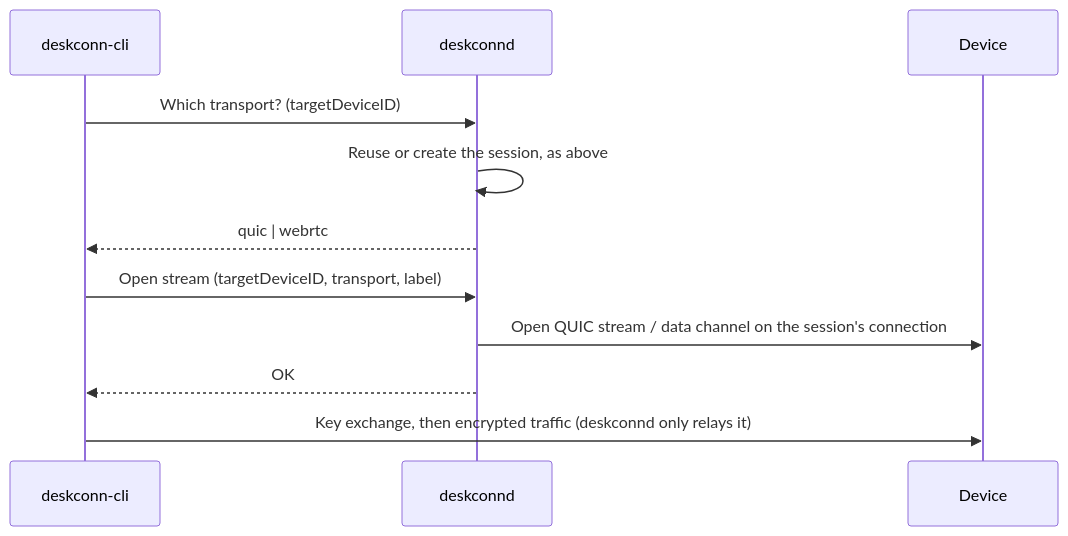
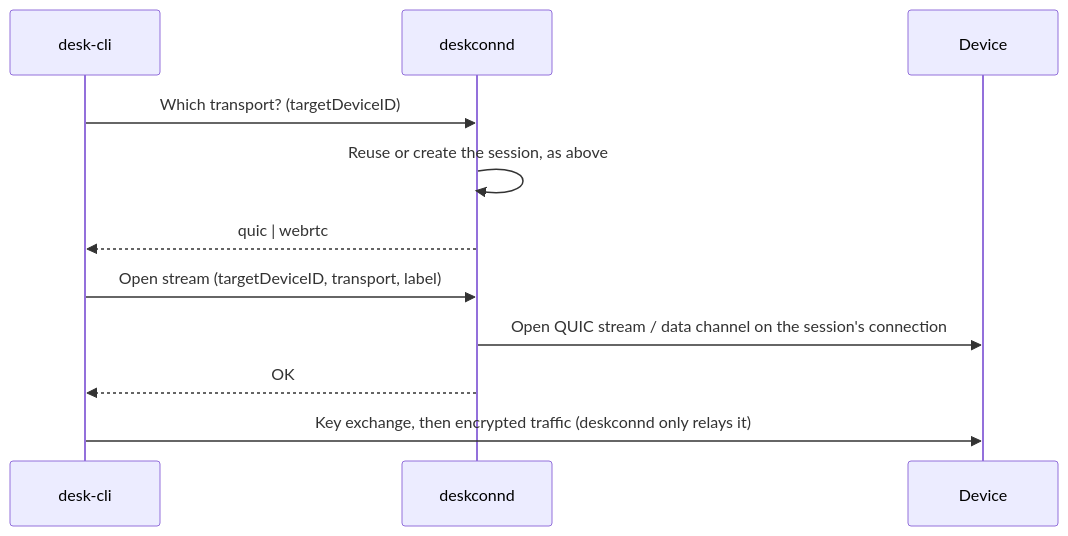
One commit to xconnio/deskconn changed the fifth of 5 diagrams in architecture/architecture.md. Above: the diagram before and after it, drawn with Mermaid. The commit also changed other lines of this file and 26 other files, not shown here.

Commit message:
rename cli to desk (#244)

````diff
--- a/architecture/architecture.md
+++ b/architecture/architecture.md
@@ -97,16 +97,16 @@
 ```mermaid
 sequenceDiagram
-    participant C as deskconn-cli
+    participant C as desk-cli
     participant D as deskconnd
     participant Dev as Device
 
     C->>D: Which transport? (targetDeviceID)
     D->>D: Reuse or create the session, as above
     D-->>C: quic | webrtc
 
     C->>D: Open stream (targetDeviceID, transport, label)
     D->>Dev: Open QUIC stream / data channel on the session's connection
     D-->>C: OK
 
     C->>Dev: Key exchange, then encrypted traffic (deskconnd only relays it)
 ```
````
